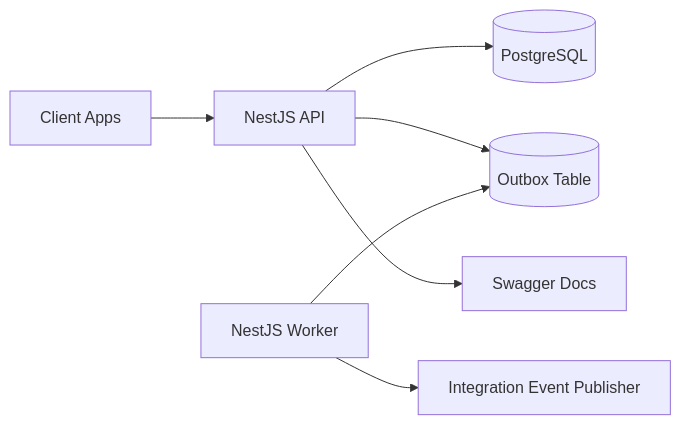
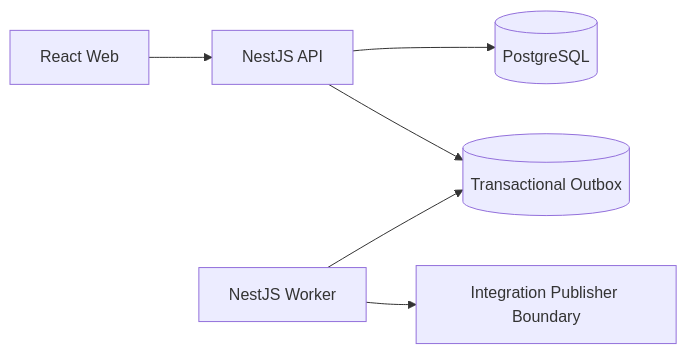
The diagram in README.md (Dyniqo/gigahub-os), drawn with Mermaid before and after one commit. The commit also changed other lines of this file and 15 other files, not shown here.

````diff
--- a/README.md
+++ b/README.md
@@ -101,9 +209,8 @@
 ```mermaid
 flowchart LR
-  Client[Client Apps] --> API[NestJS API]
+  Web[React Web] --> API[NestJS API]
   API --> DB[(PostgreSQL)]
-  API --> Outbox[(Outbox Table)]
+  API --> Outbox[(Transactional Outbox)]
   Worker[NestJS Worker] --> Outbox
-  Worker --> Publisher[Integration Event Publisher]
-  API --> Swagger[Swagger Docs]
+  Worker --> Publisher[Integration Publisher Boundary]
 ```
````
